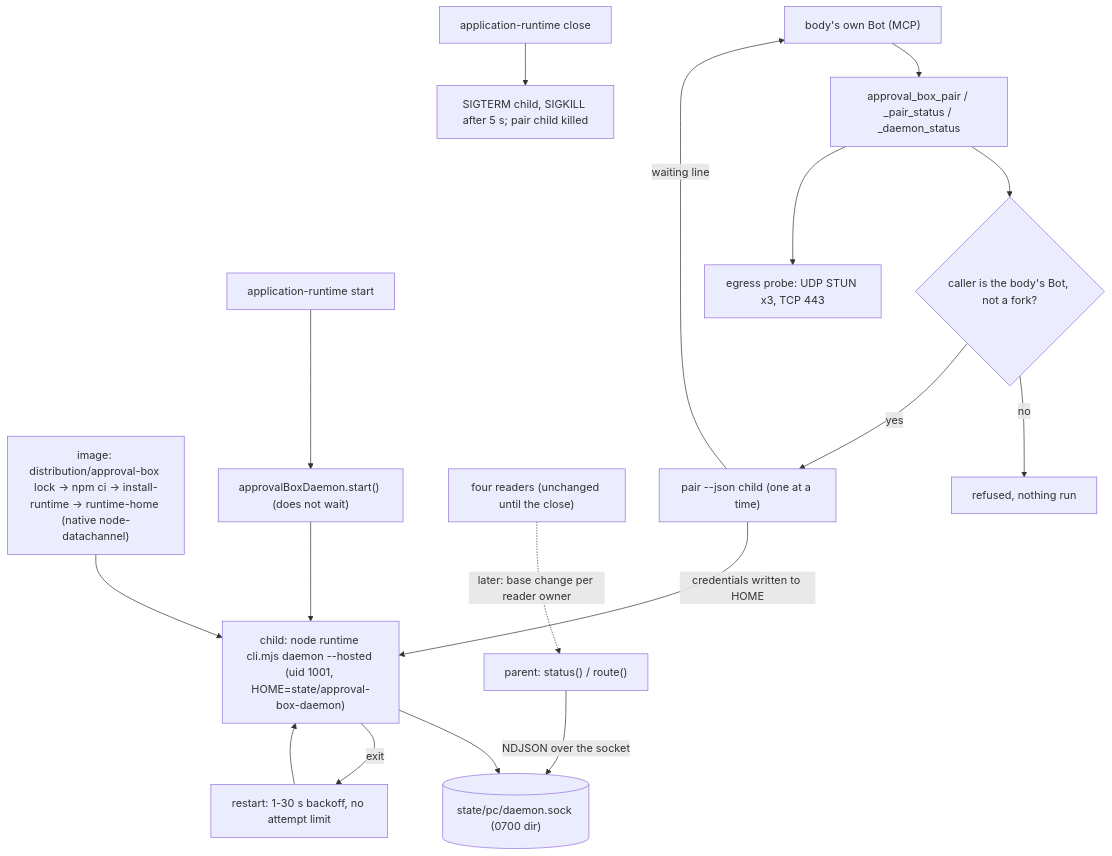
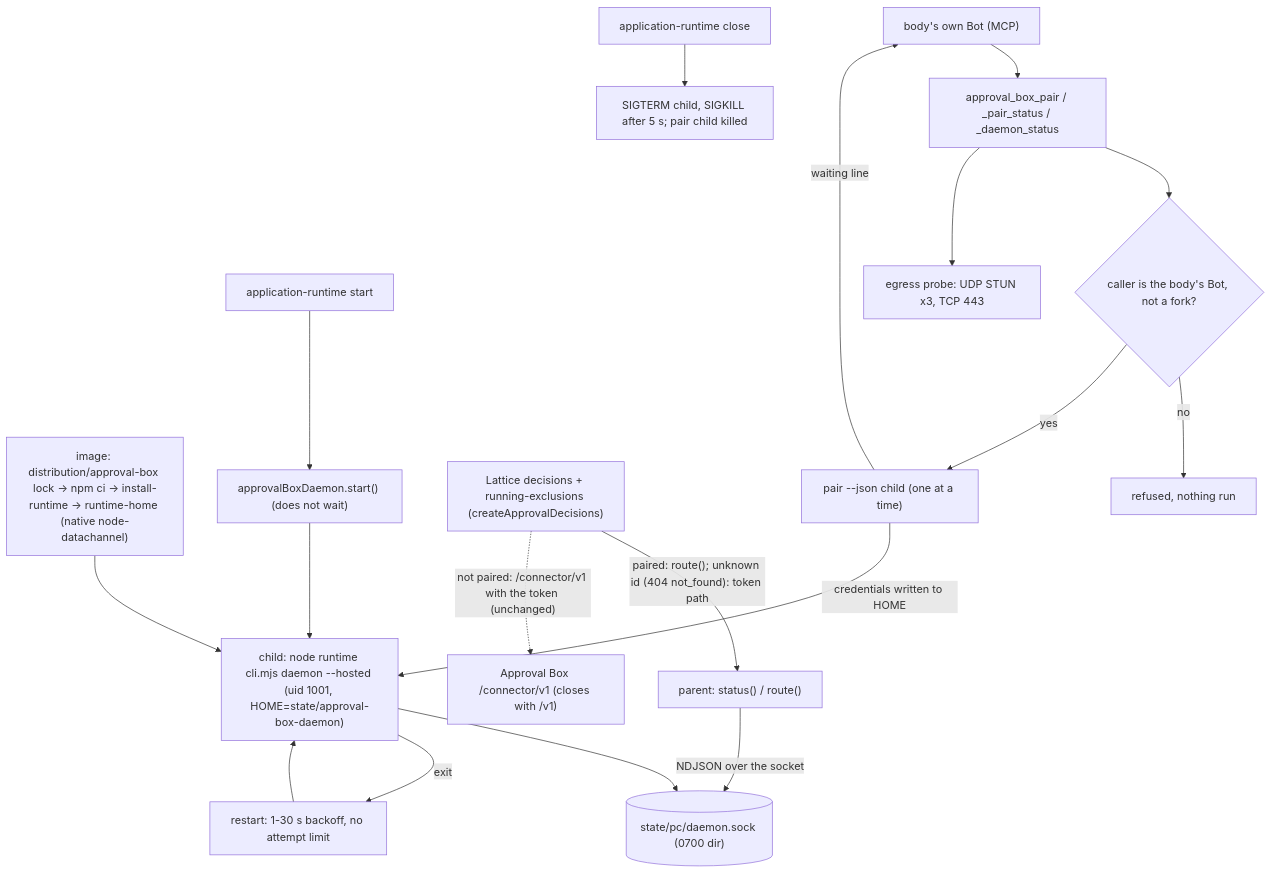
Before and after one commit to kitepon/BellTeam: the first of 3 diagrams in docs/architecture/modules/runtime/approval-box-daemon.md, drawn with Mermaid. The commit also changed other lines of this file and 6 other files, not shown here.

Commit message:
a490f: the decision readers use the hosted Approval Box daemon once it is paired

````diff
--- a/docs/architecture/modules/runtime/approval-box-daemon.md
+++ b/docs/architecture/modules/runtime/approval-box-daemon.md
@@ -19,19 +19,20 @@
 ```mermaid
 flowchart TD
   Image["image: distribution/approval-box lock -> npm ci -> install-runtime -> runtime-home (native node-datachannel)"] --> Child
   Boot["application-runtime start"] --> Start["approvalBoxDaemon.start() (does not wait)"]
   Start --> Child["child: node runtime cli.mjs daemon --hosted (uid 1001, HOME=state/approval-box-daemon)"]
   Child --> Sock[("state/pc/daemon.sock (0700 dir)")]
   Restart["restart: 1-30 s backoff, no attempt limit"] --> Child
   Child -->|exit| Restart
   Parent["parent: status() / route()"] -->|"NDJSON over the socket"| Sock
-  Readers["four readers (unchanged until the close)"] -. "later: base change per reader owner" .-> Parent
+  Readers["Lattice decisions + running-exclusions (createApprovalDecisions)"] -->|"paired: route(); unknown id (404 not_found): token path"| Parent
+  Readers -. "not paired: /connector/v1 with the token (unchanged)" .-> Legacy["Approval Box /connector/v1 (closes with /v1)"]
   Bot["body's own Bot (MCP)"] --> Tools["approval_box_pair / _pair_status / _daemon_status"]
   Tools --> Allow{"caller is the body's Bot, not a fork?"}
   Allow -->|no| Refuse["refused, nothing run"]
   Allow -->|yes| Pair["pair --json child (one at a time)"]
   Pair -->|"waiting line"| Bot
   Pair -->|"credentials written to HOME"| Child
   Tools --> Egress["egress probe: UDP STUN x3, TCP 443"]
   Close["application-runtime close"] --> Stop["SIGTERM child, SIGKILL after 5 s; pair child killed"]
 ```
````
